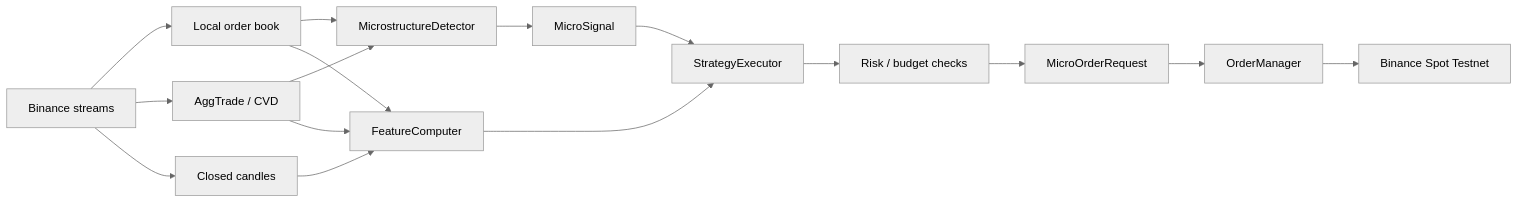
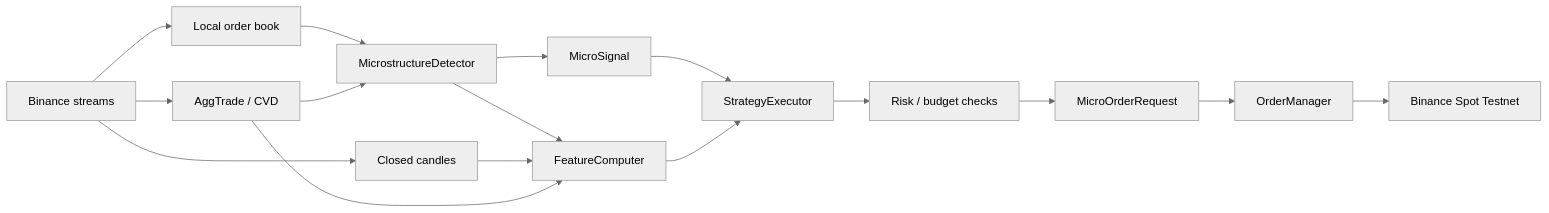
The second of 3 diagrams in documentation/strategy.md (changjulian17/QF635_project), drawn with Mermaid (neutral theme) before and after one commit.

Commit message:
docs: weekly refresh - fix entry-logic diagram in strategy.md
LocalOrderBook does not directly update FeatureComputer. The actual
call site is MicrostructureDetector._process_snapshot() (microstructure.py:336)
which calls fc.update_orderbook(snap, wall_dicts) after processing
each depth snapshot. Replace the incorrect 'LOB --> FC' arrow with
'MS --> FC', consistent with the algorithm.md diagram and the code.

No other documentation changes required: README test counts (510 total)
and per-file breakdown are accurate, algorithm.md lob_hub producer list
was fixed in the prior commit, model.md feature schema matches
FEATURE_ORDER in strategy/scorer.py, and all TODO items are current.

Claude-Session: https://claude.ai/code/session_01ATUVxbKhKEkP22EXd4ZSoo

````diff
--- a/documentation/strategy.md
+++ b/documentation/strategy.md
@@ -82,20 +82,20 @@
 ```mermaid
 flowchart LR
     EX[Binance streams] --> LOB[Local order book]
     EX --> TR[AggTrade / CVD]
     EX --> CND[Closed candles]
 
     LOB --> MS[MicrostructureDetector]
     TR --> MS
-    LOB --> FC[FeatureComputer]
+    MS --> FC[FeatureComputer]
     CND --> FC
     TR --> FC
 
     MS --> SIG[MicroSignal]
     SIG --> EXEC[StrategyExecutor]
     FC --> EXEC
     EXEC --> RISK[Risk / budget checks]
     RISK --> OREQ[MicroOrderRequest]
     OREQ --> OM[OrderManager]
     OM --> BN[Binance Spot Testnet]
 ```
````
